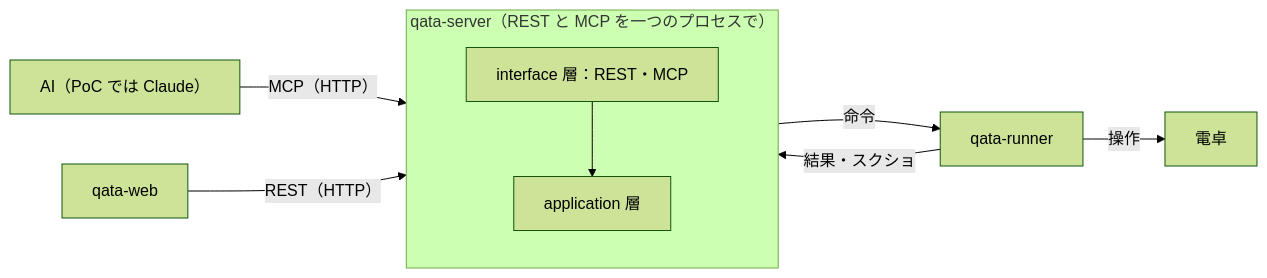
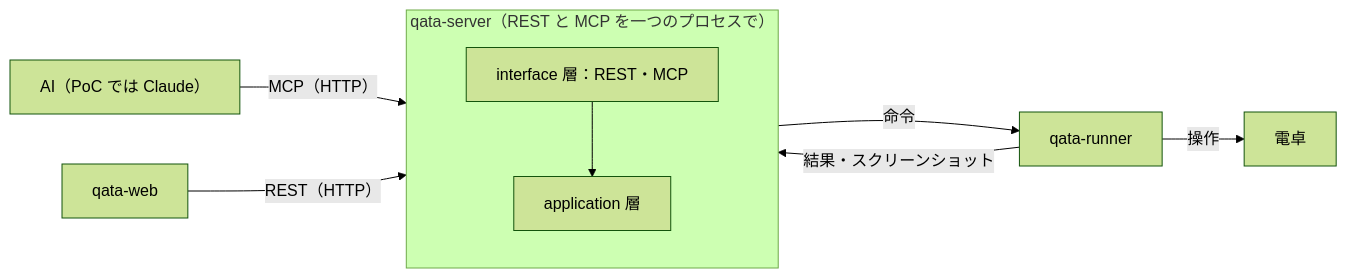
One commit to masakazu2025/qata-agent-lab changed the diagram in qata/docs/architecture.md. Above: the diagram before and after it, drawn with Mermaid (forest theme). The commit also changed other lines of this file and 34 other files, not shown here.

````diff
--- a/qata/docs/architecture.md
+++ b/qata/docs/architecture.md
@@ -18,12 +18,12 @@
 ```mermaid
 flowchart LR
   AI["AI（PoC では Claude）"] -- "MCP（HTTP）" --> S
   W[qata-web] -- "REST（HTTP）" --> S
   subgraph S["qata-server（REST と MCP を一つのプロセスで）"]
     direction TB
     IF[interface 層：REST・MCP] --> APP[application 層]
   end
   S -- 命令 --> R[qata-runner]
-  R -- 結果・スクショ --> S
+  R -- 結果・スクリーンショット --> S
   R -- 操作 --> APP2[電卓]
 ```
````
